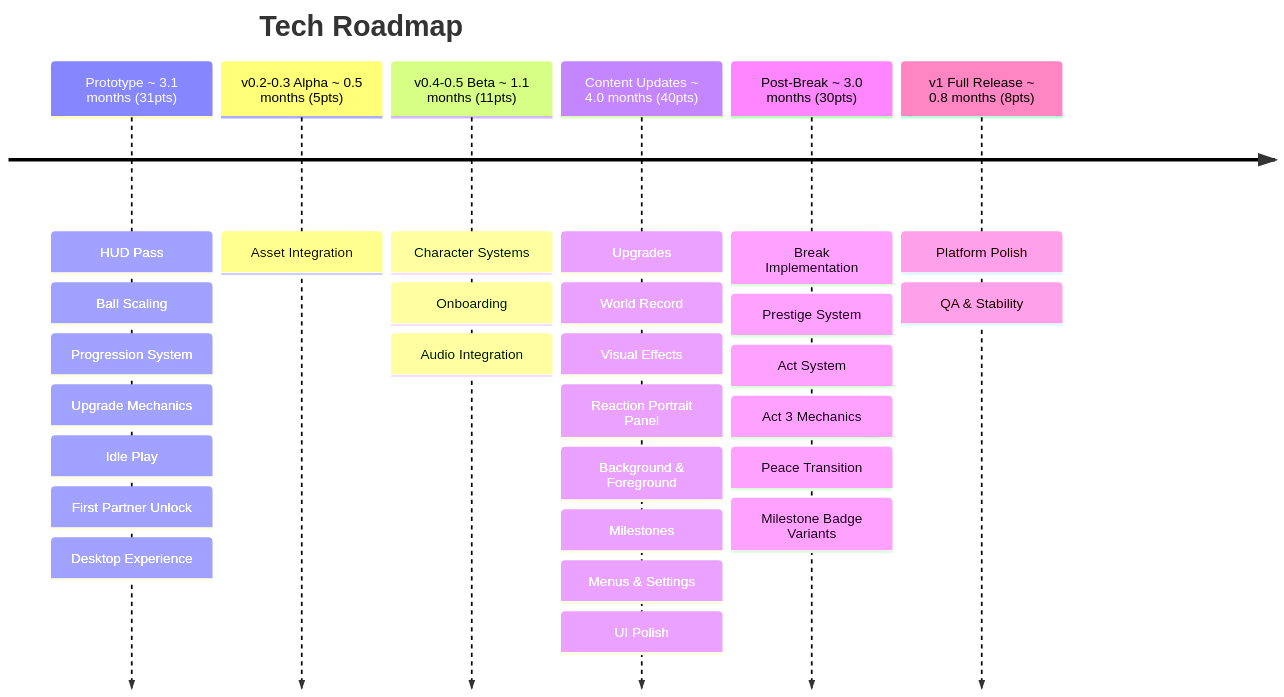
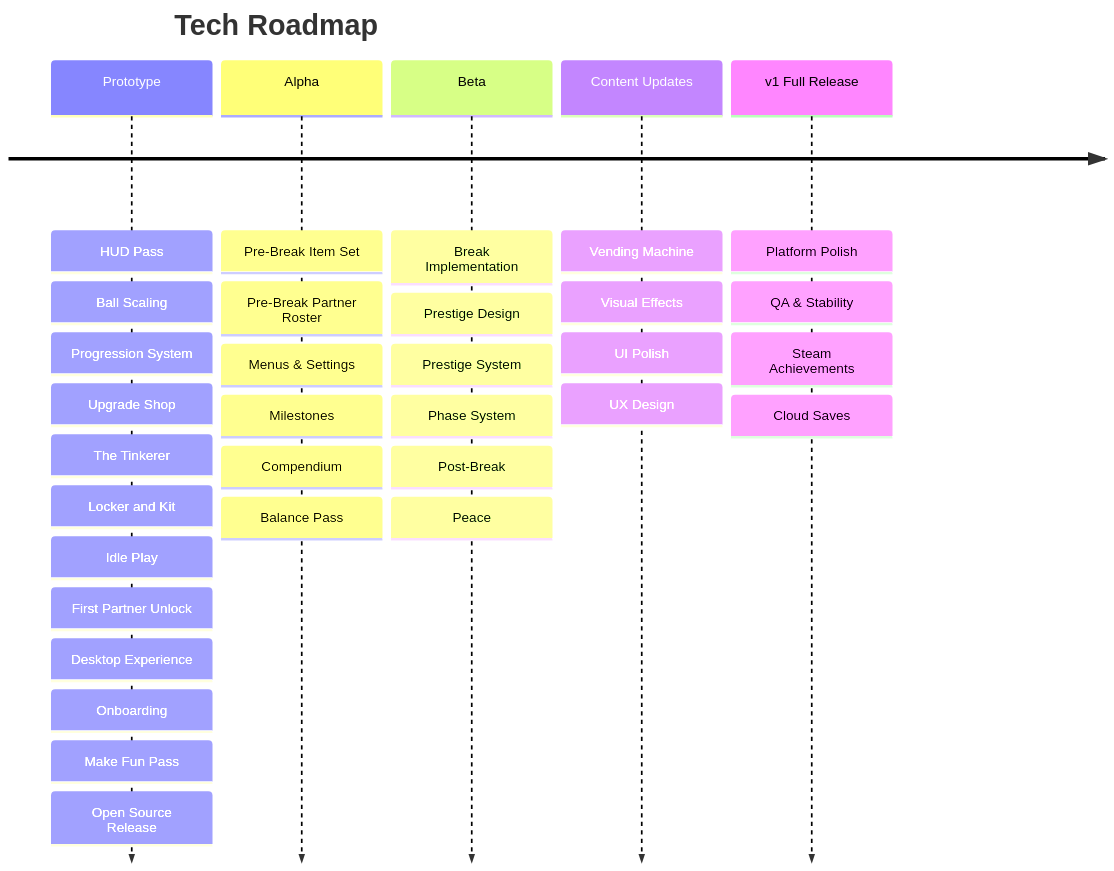
One commit to J-Melon/volley-vendetta changed the diagram in designs/roadmaps/roadmap-tech.md. Above: the diagram before and after it, drawn with Mermaid. The commit also changed other lines of this file and 29 other files, not shown here.

````diff
--- a/designs/roadmaps/roadmap-tech.md
+++ b/designs/roadmaps/roadmap-tech.md
@@ -3,43 +3,46 @@
 ```mermaid
 timeline
     title Tech Roadmap
 
-    Prototype ~ 3.1 months (31pts)
+    Prototype
         : HUD Pass
         : Ball Scaling
         : Progression System
-        : Upgrade Mechanics
+        : Upgrade Shop
+        : The Tinkerer
+        : Locker and Kit
         : Idle Play
         : First Partner Unlock
         : Desktop Experience
+        : Onboarding
+        : Make Fun Pass
+        : Open Source Release
 
-    v0.2-0.3 Alpha ~ 0.5 months (5pts)
-        : Asset Integration
+    Alpha
+        : Pre-Break Item Set
+        : Pre-Break Partner Roster
+        : Menus & Settings
+        : Milestones
+        : Compendium
+        : Balance Pass
 
-    v0.4-0.5 Beta ~ 1.1 months (11pts)
-        : Character Systems
-        : Onboarding
-        : Audio Integration
+    Beta
+        : Break Implementation
+        : Prestige Design
+        : Prestige System
+        : Phase System
+        : Post-Break
+        : Peace
 
-    Content Updates ~ 4.0 months (40pts)
-        : Upgrades
-        : World Record
+    Content Updates
+        : Vending Machine
         : Visual Effects
-        : Reaction Portrait Panel
-        : Background & Foreground
-        : Milestones
-        : Menus & Settings
         : UI Polish
+        : UX Design
 
-    Post-Break ~ 3.0 months (30pts)
-        : Break Implementation
-        : Prestige System
-        : Act System
-        : Act 3 Mechanics
-        : Peace Transition
-        : Milestone Badge Variants
-
-    v1 Full Release ~ 0.8 months (8pts)
+    v1 Full Release
         : Platform Polish
         : QA & Stability
+        : Steam Achievements
+        : Cloud Saves
 ```
````
